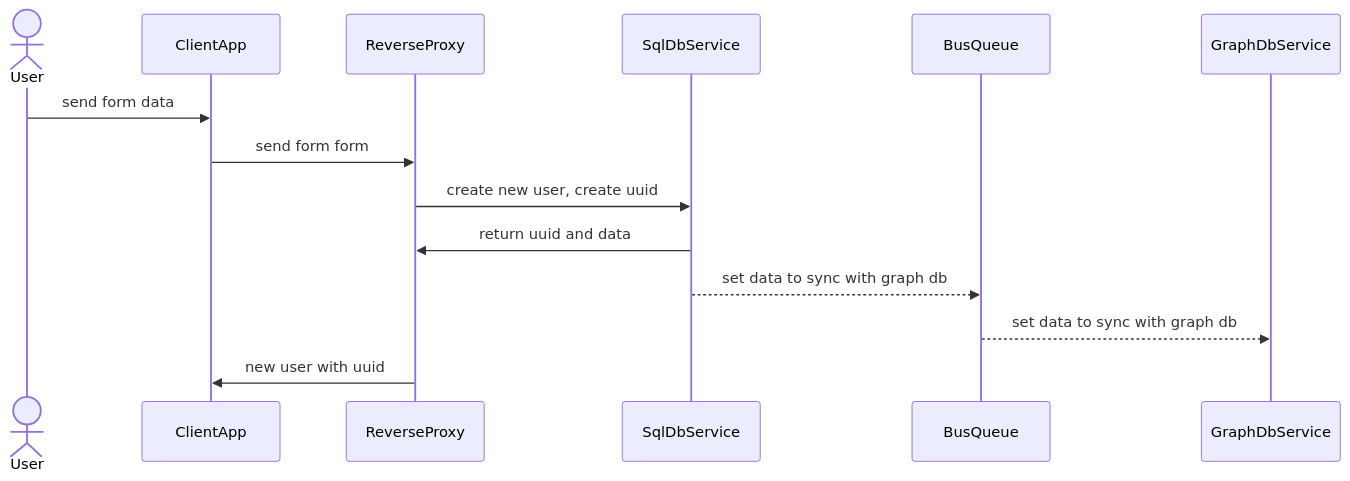
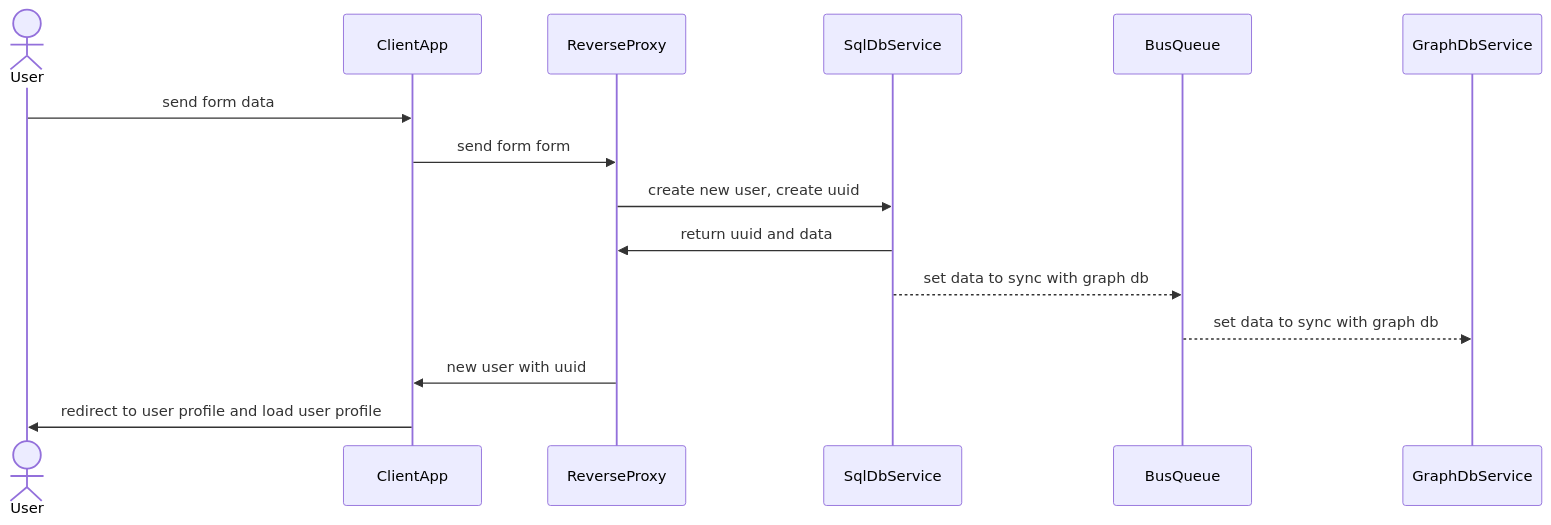
Before and after one commit to Goodzonchik/distribution-system-lern: the first of 2 diagrams in docs/story.md, drawn with Mermaid. The commit also changed 1 other file, not shown here.

Commit message:
create first schema doc

````diff
--- a/docs/story.md
+++ b/docs/story.md
@@ -11,24 +11,25 @@
 ```mermaid
 sequenceDiagram
     actor User;
 
     participant ClientApp;
     participant ReverseProxy;
 
     participant SqlDbService;
     participant BusQueue;
     participant GraphDbService;
 
 
     User->>ClientApp: send form data;
     ClientApp->>ReverseProxy: send form form;
 
     ReverseProxy->>SqlDbService: create new user, create uuid;
 
     SqlDbService->>ReverseProxy: return uuid and data;
 
     SqlDbService-->>BusQueue: set data to sync with graph db;
     BusQueue-->>GraphDbService: set data to sync with graph db;
 
     ReverseProxy->>ClientApp: new user with uuid;
+    ClientApp->>User: redirect to user profile and load user profile
 ```
````
